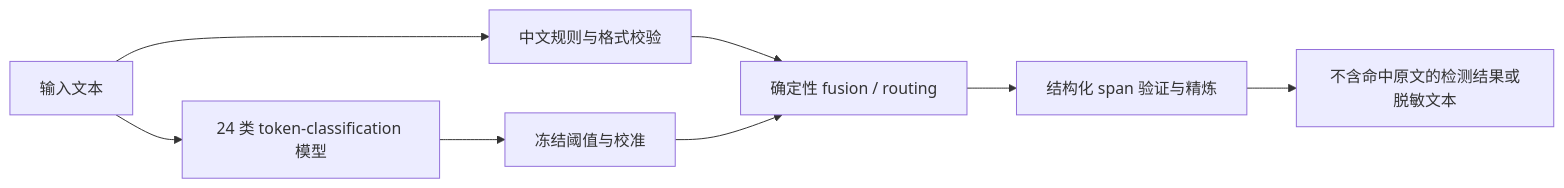
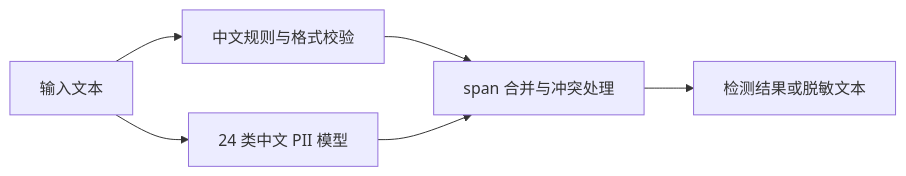
One commit to whyiug/pii-detect-model changed the diagram in README.md. Above: the diagram before and after it, drawn with Mermaid. The commit also changed other lines of this file and 19 other files, not shown here.

````diff
--- a/README.md
+++ b/README.md
@@ -85,10 +99,8 @@
-```mermaid
+~~~mermaid
 flowchart LR
     A[输入文本] --> B[中文规则与格式校验]
-    A --> C[24 类 token-classification 模型]
-    C --> D[冻结阈值与校准]
-    B --> E[确定性 fusion / routing]
-    D --> E
-    E --> F[结构化 span 验证与精炼]
-    F --> G[不含命中原文的检测结果或脱敏文本]
-```
+    A --> C[24 类中文 PII 模型]
+    B --> D[span 合并与冲突处理]
+    C --> D
+    D --> E[检测结果或脱敏文本]
+~~~
````
